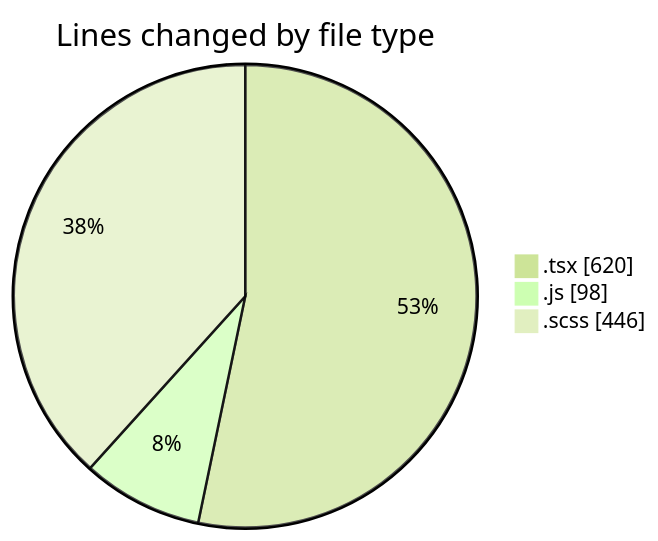
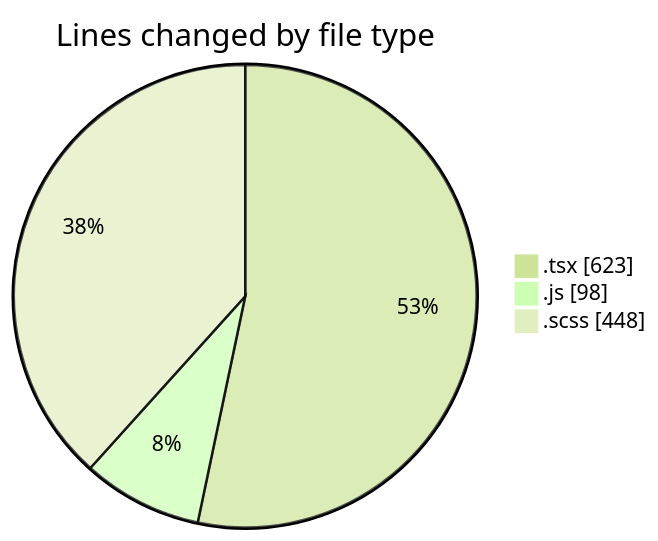
One commit to momahboobian/code-tracking changed the first of 2 diagrams in 2025-03-31/cda/README.md. Above: the diagram before and after it, drawn with Mermaid (forest theme). The commit also changed other lines of this file and 1 other file, not shown here.

````diff
--- a/2025-03-31/cda/README.md
+++ b/2025-03-31/cda/README.md
@@ -27,7 +27,7 @@
 ```mermaid
 pie showData
 title Lines changed by file type
-".tsx" : 620
+".tsx" : 623
 ".js" : 98
-".scss" : 446
+".scss" : 448
 ```
````
